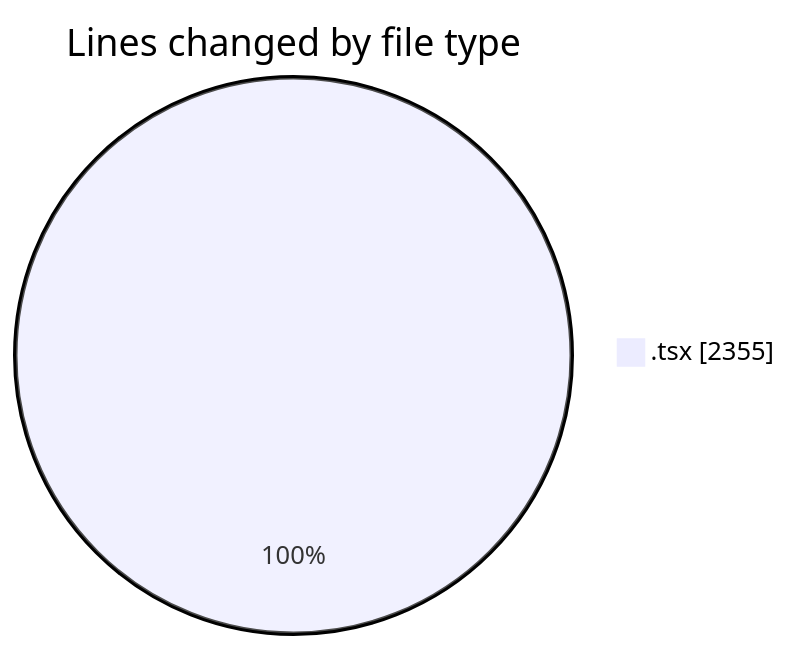
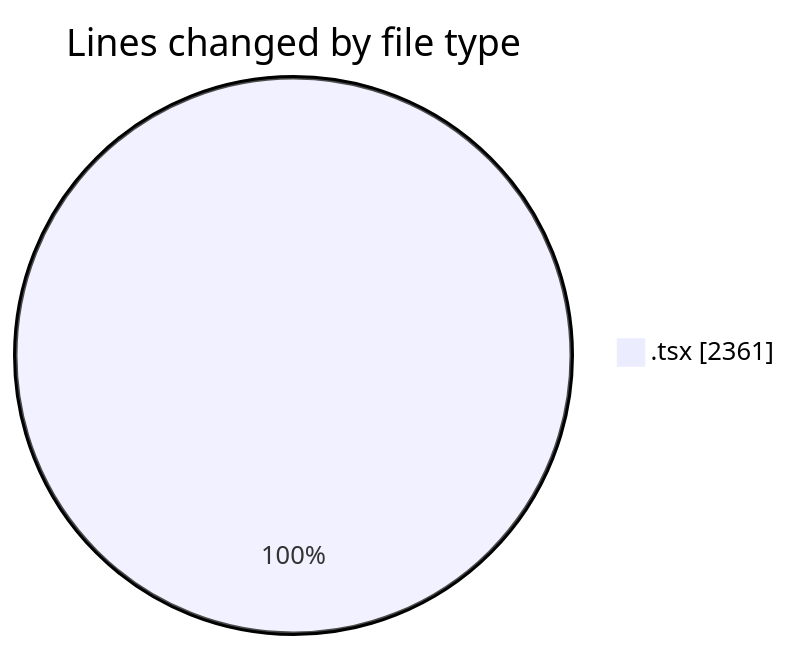
One commit to nxtqubesakshisongat/code-tracking changed the first of 2 diagrams in 2026-05-08/nxtqube_webapp/README.md. Above: the diagram before and after it, drawn with Mermaid. The commit also changed other lines of this file and 1 other file, not shown here.

````diff
--- a/2026-05-08/nxtqube_webapp/README.md
+++ b/2026-05-08/nxtqube_webapp/README.md
@@ -20,5 +20,5 @@
 ```mermaid
 pie showData
 title Lines changed by file type
-".tsx" : 2355
+".tsx" : 2361
 ```
````
